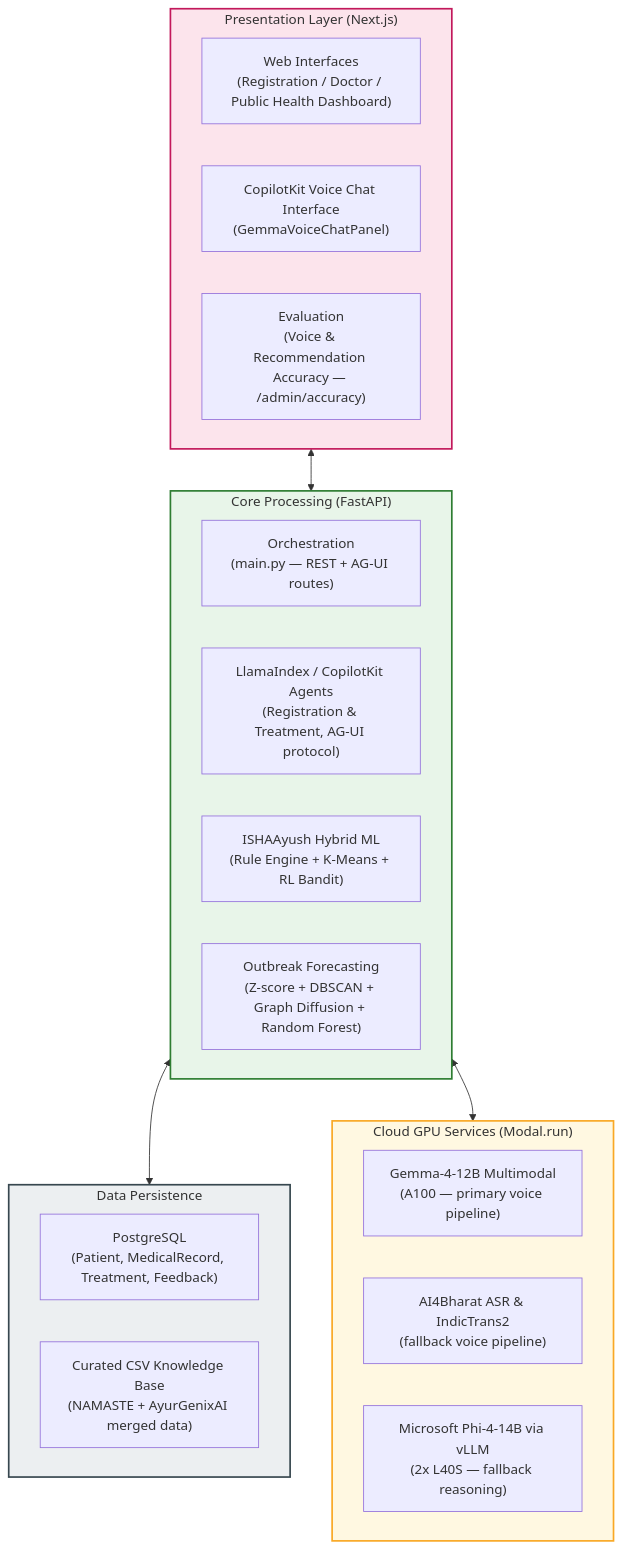
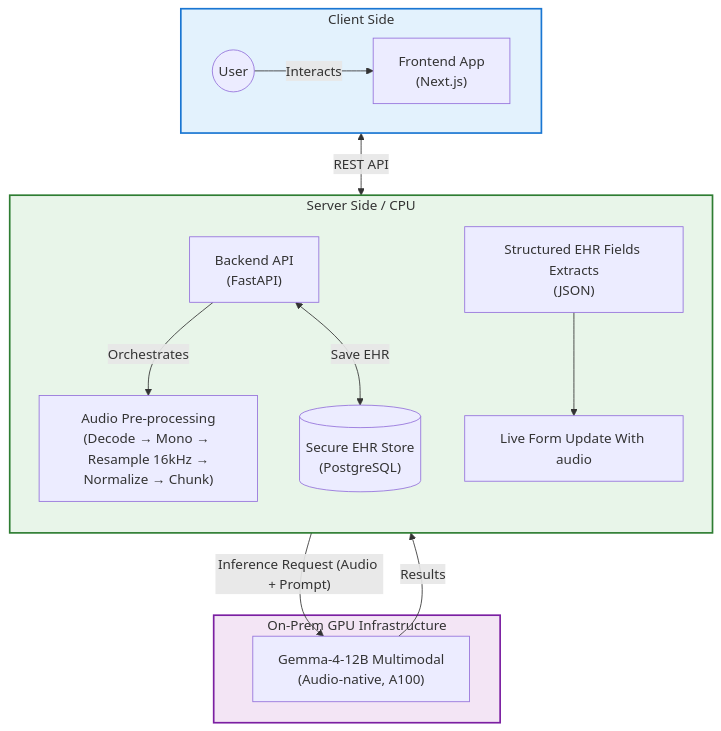
Before and after one commit to s4ai-io/ayush-indiaai: the third of 3 diagrams in PPT_CONTEXT.md, drawn with Mermaid. The commit also changed other lines of this file and 14 other files, not shown here.

Commit message:
feat: add learning coverage API and dashboard tab to visualize Q-table training progress per disease

````diff
--- a/PPT_CONTEXT.md
+++ b/PPT_CONTEXT.md
@@ -187,40 +191,33 @@
 ```mermaid
-flowchart TD
-    subgraph PRESENTATION["Presentation Layer (Next.js)"]
-        WEBUI["Web Interfaces<br/>(Registration / Doctor / Public Health Dashboard)"]
-        CHATUI["CopilotKit Voice Chat Interface<br/>(GemmaVoiceChatPanel)"]
-        EVAL["Evaluation<br/>(Voice & Recommendation Accuracy — /admin/accuracy)"]
-    end
+flowchart TB
+ subgraph CLIENT["Client Side"]
+    direction LR
+        USER(("User"))
+        FE["Frontend App<br>(Next.js)"]
+  end
+ subgraph SERVER["Server Side / CPU"]
+    direction TB
+        API["Backend API<br>(FastAPI)"]
+        PRE["Audio Pre-processing<br>(Decode → Mono → Resample 16kHz →<br>Normalize → Chunk)"]
+        DB[("Secure EHR Store<br>(PostgreSQL)")]
+        JSON["Structured EHR Fields Extracts<br>(JSON)"]
+        EVAL["Live Form Update With audio"]
+  end
+ subgraph GPU["On-Prem GPU Infrastructure"]
+        GEMMA["Gemma-4-12B Multimodal<br>(Audio-native, A100)"]
+  end
+    USER -- Interacts --> FE
+    FE <-- REST API --> API
+    API -- Orchestrates --> PRE
+    API <-- Save EHR --> DB
+    PRE -- Inference Request (Audio + Prompt) --> GEMMA
+    GEMMA -- Results --> JSON
+    JSON --> EVAL
 
-    subgraph CORE["Core Processing (FastAPI)"]
-        ORCH["Orchestration<br/>(main.py — REST + AG-UI routes)"]
-        AGENTS["LlamaIndex / CopilotKit Agents<br/>(Registration & Treatment, AG-UI protocol)"]
-        RECOMMEND["ISHAAyush Hybrid ML<br/>(Rule Engine + K-Means + RL Bandit)"]
-        OUTBREAK["Outbreak Forecasting<br/>(Z-score + DBSCAN + Graph Diffusion + Random Forest)"]
-    end
-
-    subgraph DATA["Data Persistence"]
-        PG["PostgreSQL<br/>(Patient, MedicalRecord, Treatment, Feedback)"]
-        CSV["Curated CSV Knowledge Base<br/>(NAMASTE + AyurGenixAI merged data)"]
-    end
-
-    subgraph CLOUD["Cloud GPU Services (Modal.run)"]
-        GEMMA["Gemma-4-12B Multimodal<br/>(A100 — primary voice pipeline)"]
-        ASR["AI4Bharat ASR & IndicTrans2<br/>(fallback voice pipeline)"]
-        PHI4["Microsoft Phi-4-14B via vLLM<br/>(2x L40S — fallback reasoning)"]
-    end
-
-    PRESENTATION <--> CORE
-    CORE <--> DATA
-    CORE <--> CLOUD
-
-    classDef presentationStyle fill:#fce4ec,stroke:#c2185b,stroke-width:2px
-    classDef coreStyle fill:#e8f5e9,stroke:#2e7d32,stroke-width:2px
-    classDef dataStyle fill:#eceff1,stroke:#37474f,stroke-width:2px
-    classDef cloudStyle fill:#fff8e1,stroke:#f9a825,stroke-width:2px
-
-    class PRESENTATION presentationStyle
-    class CORE coreStyle
-    class DATA dataStyle
-    class CLOUD cloudStyle
+    classDef clientStyle fill:#e3f2fd,stroke:#1976d2,stroke-width:2px
+    classDef serverStyle fill:#e8f5e9,stroke:#2e7d32,stroke-width:2px
+    classDef gpuStyle fill:#f3e5f5,stroke:#7b1fa2,stroke-width:2px
+    class CLIENT clientStyle
+    class SERVER serverStyle
+    class GPU gpuStyle
 ```
````
